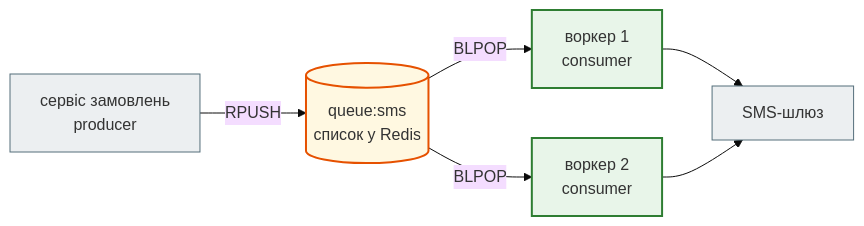
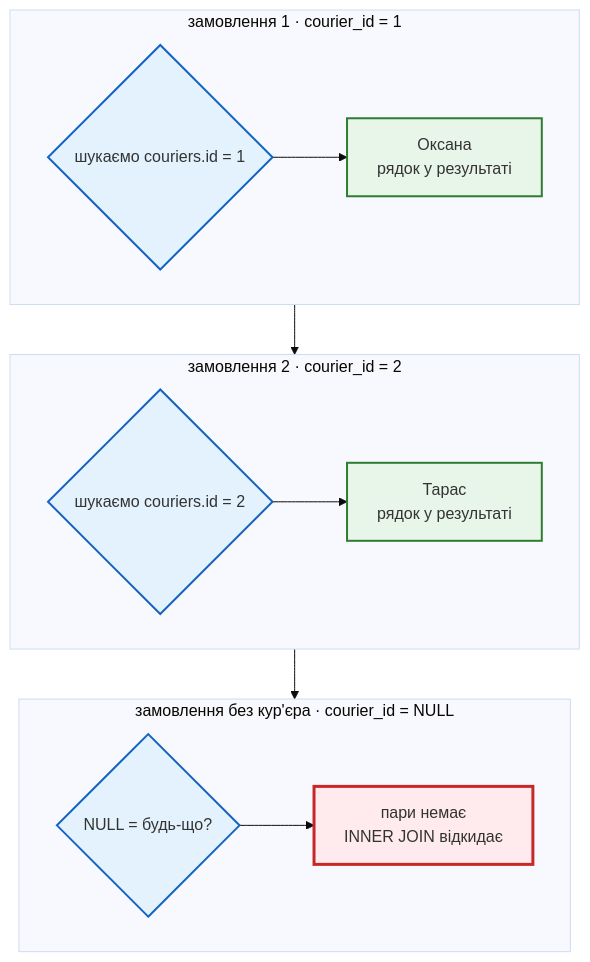
Before and after one commit to AlinaRadchenko/PY-Course-Victor-Nikoriak-22-09-2026: the fifth of 6 diagrams in docs/modules/m3/lesson_30.md, drawn with Mermaid (base theme). The commit also changed other lines of this file and 1846 other files, not shown here.

````diff
--- a/docs/modules/m3/lesson_30.md
+++ b/docs/modules/m3/lesson_30.md
@@ -424,19 +551,26 @@
 ```mermaid
-flowchart LR
+flowchart TD
     classDef step     fill:#eceff1,stroke:#546e7a,stroke-width:1px;
     classDef decision fill:#e3f2fd,stroke:#1565c0,stroke-width:2px;
     classDef success  fill:#e8f5e9,stroke:#2e7d32,stroke-width:2px;
     classDef error    fill:#ffebee,stroke:#c62828,stroke-width:3px;
     classDef warning  fill:#fff8e1,stroke:#e65100,stroke-width:2px;
 
-    A["сервіс замовлень<br>producer"] -- "RPUSH" --> Q[("queue:sms<br>список у Redis")]
-    Q -- "BLPOP" --> W1["воркер 1<br>consumer"]
-    Q -- "BLPOP" --> W2["воркер 2<br>consumer"]
-    W1 --> G["SMS-шлюз"]
-    W2 --> G
+    subgraph J1["замовлення 1 · courier_id = 1"]
+        direction LR
+        Q1{"шукаємо couriers.id = 1"} --> R1["Оксана<br>рядок у результаті"]
+    end
+    subgraph J2["замовлення 2 · courier_id = 2"]
+        direction LR
+        Q2{"шукаємо couriers.id = 2"} --> R2["Тарас<br>рядок у результаті"]
+    end
+    subgraph J3["замовлення без кур'єра · courier_id = NULL"]
+        direction LR
+        Q3{"NULL = будь-що?"} --> R3["пари немає<br>INNER JOIN відкидає"]
+    end
+    J1 --> J2 --> J3
 
-    class A step
-    class Q warning
-    class W1,W2 success
-    class G step
+    class Q1,Q2,Q3 decision
+    class R1,R2 success
+    class R3 error
 ```
````
